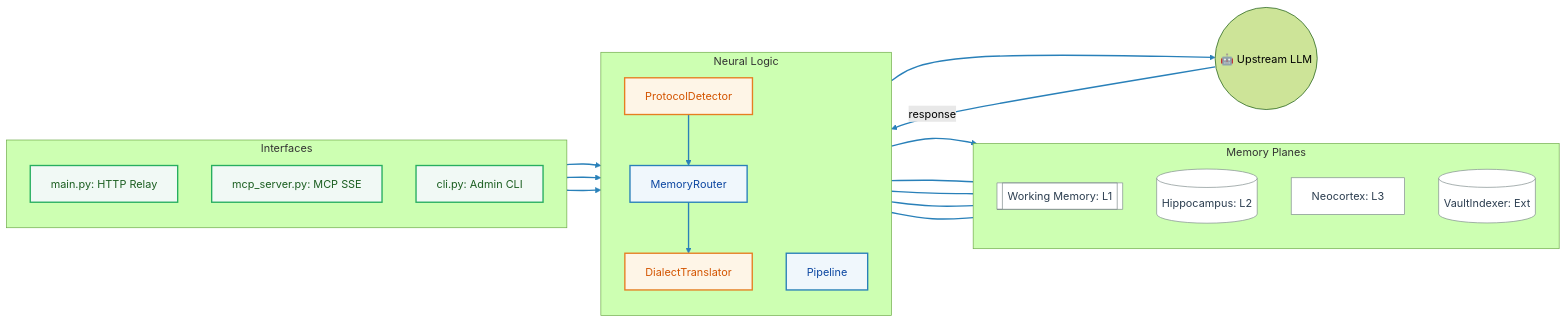
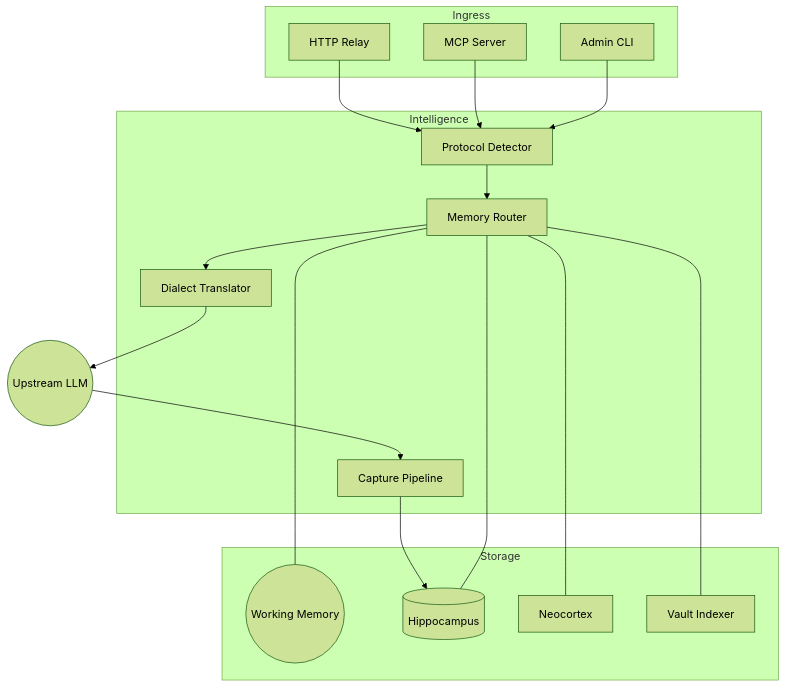
One commit to winnerineast/ClawBrain changed the diagram in README.md. Above: the diagram before and after it, drawn with Mermaid (forest theme). The commit also changed 1 other file, not shown here.

Commit message:
fix(docs): use ultra-compatible Mermaid graph TD syntax for architecture diagrams

````diff
--- a/README.md
+++ b/README.md
@@ -156,48 +156,38 @@
 ```mermaid
-flowchart LR
-    %% Professional Color Palette
-    classDef interface_node stroke:#27ae60,stroke-width:2px,fill:#f1f9f5,color:#1b5e20
-    classDef gateway_node stroke:#e67e22,stroke-width:2px,fill:#fef5e7,color:#d35400
-    classDef core_node stroke:#2980b9,stroke-width:2px,fill:#f0f7fc,color:#0d47a1
-    classDef memory_node stroke:#7f8c8d,stroke-width:1px,fill:#ffffff,color:#2c3e50
-
-    subgraph Ingress [Interfaces]
-        direction TB
-        API[main.py: HTTP Relay]:::interface_node
-        MCP[mcp_server.py: MCP SSE]:::interface_node
-        CLI[cli.py: Admin CLI]:::interface_node
+graph TD
+    subgraph Ingress
+        API[HTTP Relay]
+        MCP[MCP Server]
+        CLI[Admin CLI]
     end
 
-    subgraph Logic [Neural Logic]
-        direction TB
-        Detector[ProtocolDetector]:::gateway_node
-        Router[MemoryRouter]:::core_node
-        Translator[DialectTranslator]:::gateway_node
-        Pipe[Pipeline]:::core_node
+    subgraph Intelligence
+        Detector[Protocol Detector]
+        Router[Memory Router]
+        Translator[Dialect Translator]
+        Pipe[Capture Pipeline]
     end
 
-    subgraph Storage [Memory Planes]
-        direction TB
-        L1[[Working Memory: L1]]:::memory_node
-        L2[(Hippocampus: L2)]:::memory_node
-        L3[Neocortex: L3]:::memory_node
-        Ext[(VaultIndexer: Ext)]:::memory_node
+    subgraph Storage
+        L1((Working Memory))
+        L2[(Hippocampus)]
+        L3[Neocortex]
+        Ext[Vault Indexer]
     end
 
-    %% Flow: Specific Node-to-Node links are most stable
-    API & MCP & CLI --> Detector
+    API --> Detector
+    MCP --> Detector
+    CLI --> Detector
+    
     Detector --> Router
     Router --> Translator
-    Translator --> LLM((🤖 Upstream LLM))
-    LLM -- response --> Pipe
+    Translator --> LLM((Upstream LLM))
+    
+    LLM --> Pipe
     Pipe --> L2
-
-    %% Memory orchestration (non-directional for layout stability)
+    
     Router --- L1
     Router --- L2
     Router --- L3
     Router --- Ext
-
-    %% Style all links globally
-    linkStyle default stroke:#2980b9,stroke-width:2px
 ```
````
